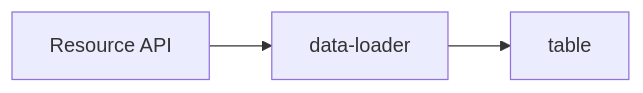
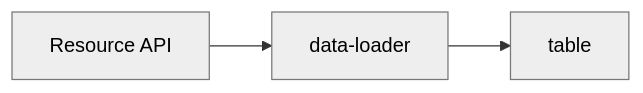
Before and after one commit to appsemble/appsemble: the diagram in docs/03-guide/basic-app.md, drawn with Mermaid. The commit also changed 3 other files, not shown here.

Commit message:
Added architecture page to rendered docs and update to mermaid graphs visibility

````diff
--- a/docs/03-guide/basic-app.md
+++ b/docs/03-guide/basic-app.md
@@ -116,4 +116,7 @@
 ```mermaid
 graph LR
     resource[Resource API] --> data-loader --> table
+    style resource fill:#eee,stroke:#777,color: #000
+    style data-loader fill:#eee,stroke:#777,color: #000
+    style table fill:#eee,stroke:#777,color: #000
 ```
````
